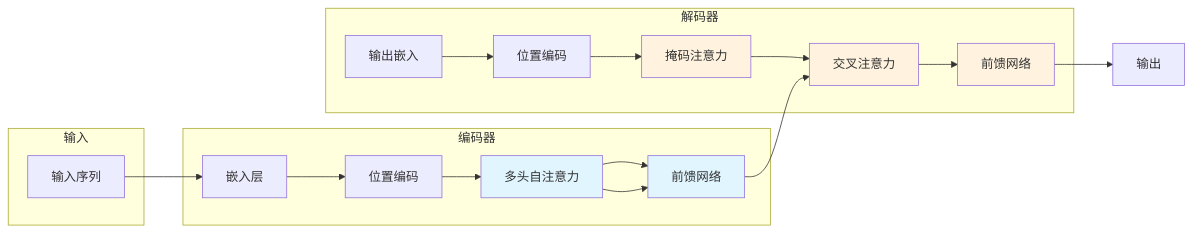
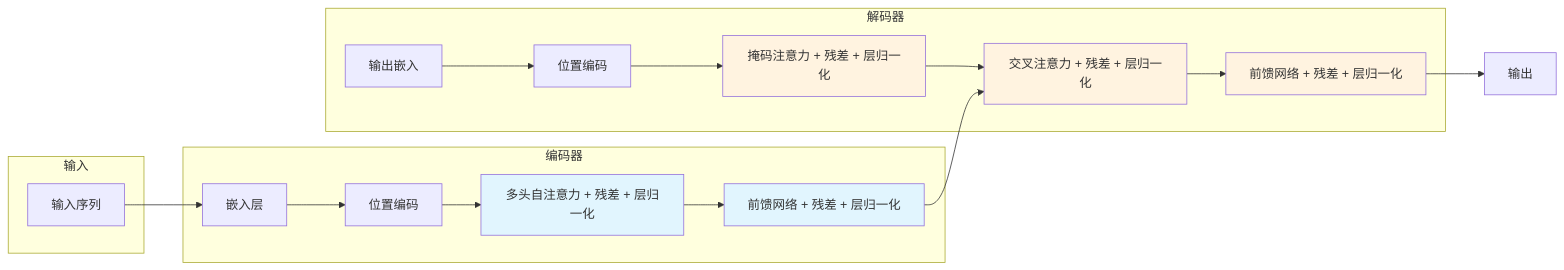
One commit to Zheng-Enci/Knoweledges changed the second of 2 diagrams in 一起学Transformer/01-Transformer基础概念.md. Above: the diagram before and after it, drawn with Mermaid.

Commit message:
fix: 图表补充残差连接和层归一化

````diff
--- a/一起学Transformer/01-Transformer基础概念.md
+++ b/一起学Transformer/01-Transformer基础概念.md
@@ -78,25 +78,24 @@
 ```mermaid
 flowchart LR
     subgraph 输入
     I[输入序列]
     end
     
     subgraph 编码器
-    E1[嵌入层] --> E2[位置编码] --> E3[多头自注意力] --> E4[前馈网络]
-    E3 --> E4
+    E1[嵌入层] --> E2[位置编码] --> E3[多头自注意力 + 残差 + 层归一化] --> E4[前馈网络 + 残差 + 层归一化]
     end
     
     subgraph 解码器
-    D1[输出嵌入] --> D2[位置编码] --> D3[掩码注意力] --> D4[交叉注意力] --> D5[前馈网络]
+    D1[输出嵌入] --> D2[位置编码] --> D3[掩码注意力 + 残差 + 层归一化] --> D4[交叉注意力 + 残差 + 层归一化] --> D5[前馈网络 + 残差 + 层归一化]
     end
     
     I --> E1
     E4 --> D4
     D5 --> O[输出]
     
     style E3 fill:#e1f5fe
     style E4 fill:#e1f5fe
     style D3 fill:#fff3e0
     style D4 fill:#fff3e0
     style D5 fill:#fff3e0
 ```
````
